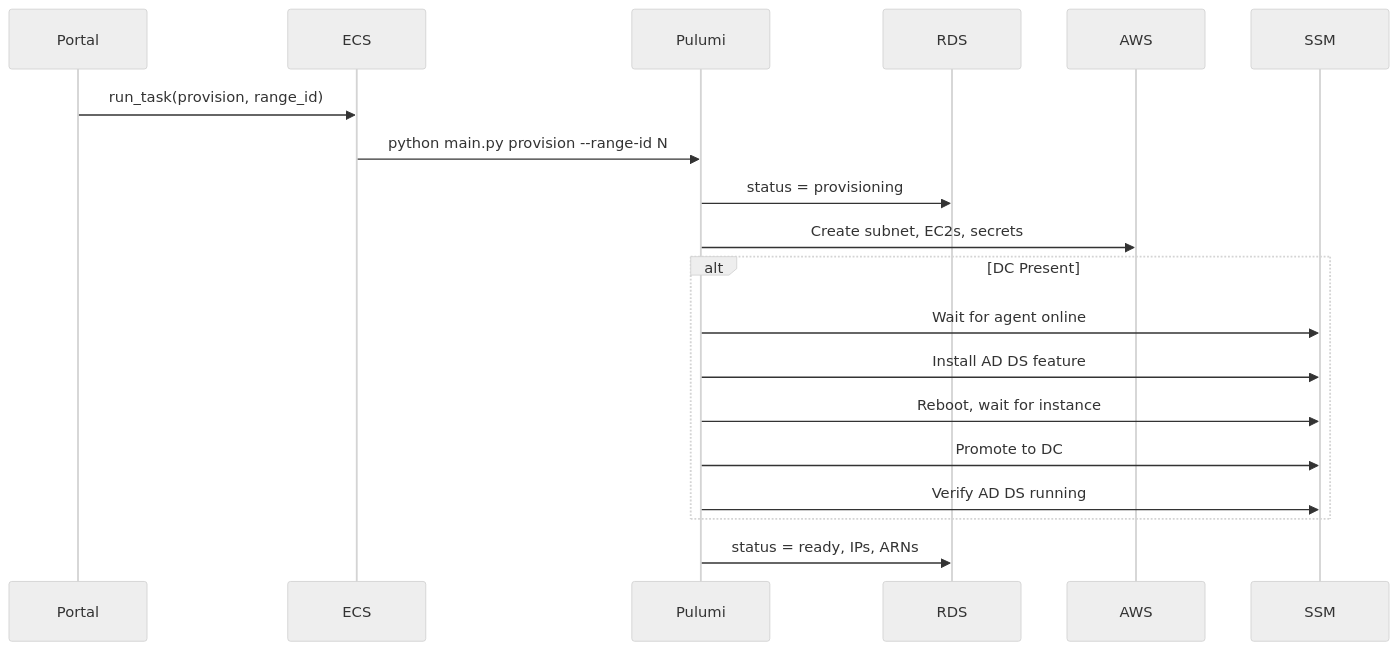
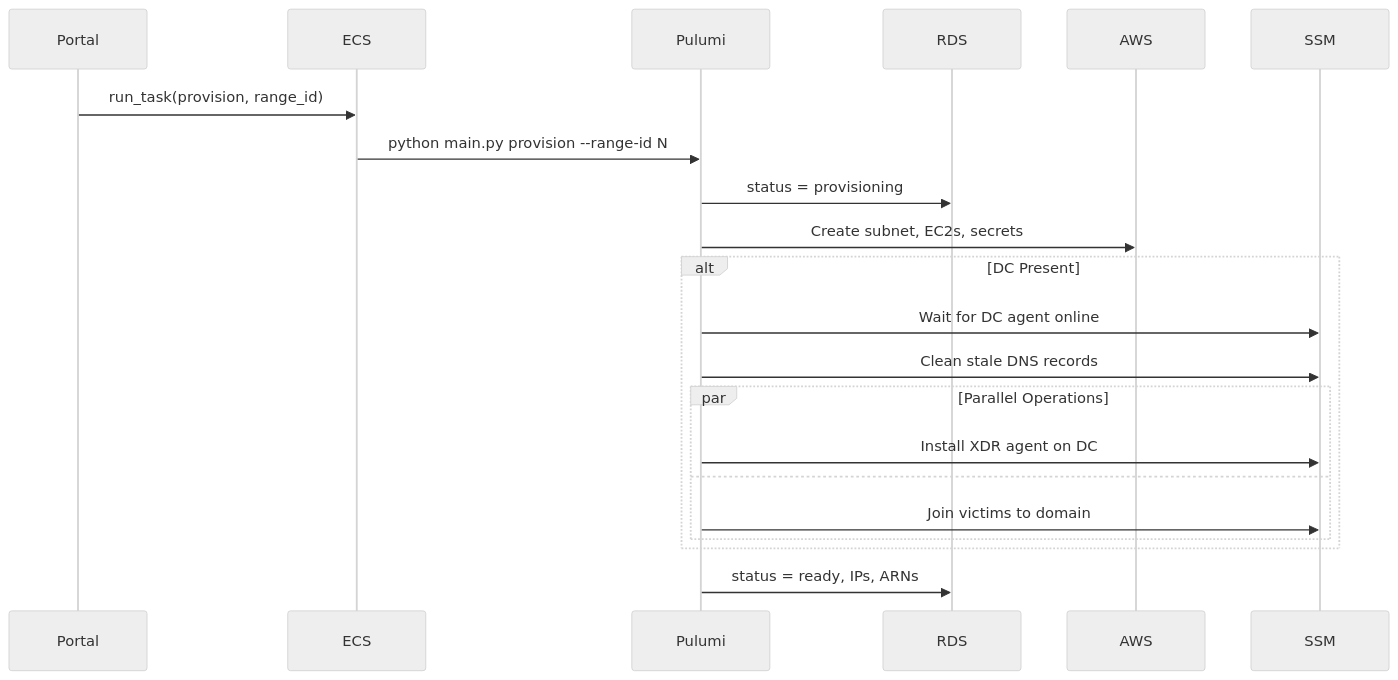
One commit to PaloAltoNetworks/shifter changed the first of 2 diagrams in portal/documentation/docs/execution/provisioner.md. Above: the diagram before and after it, drawn with Mermaid (neutral theme). The commit also changed other lines of this file and 2 other files, not shown here.

````diff
--- a/portal/documentation/docs/execution/provisioner.md
+++ b/portal/documentation/docs/execution/provisioner.md
@@ -7,22 +7,24 @@
 ```mermaid
 sequenceDiagram
     participant Portal
     participant ECS
     participant Pulumi
     participant RDS
     participant AWS
     participant SSM
 
     Portal->>ECS: run_task(provision, range_id)
     ECS->>Pulumi: python main.py provision --range-id N
     Pulumi->>RDS: status = provisioning
     Pulumi->>AWS: Create subnet, EC2s, secrets
     alt DC Present
-        Pulumi->>SSM: Wait for agent online
-        Pulumi->>SSM: Install AD DS feature
-        Pulumi->>SSM: Reboot, wait for instance
-        Pulumi->>SSM: Promote to DC
-        Pulumi->>SSM: Verify AD DS running
+        Pulumi->>SSM: Wait for DC agent online
+        Pulumi->>SSM: Clean stale DNS records
+        par Parallel Operations
+            Pulumi->>SSM: Install XDR agent on DC
+        and
+            Pulumi->>SSM: Join victims to domain
+        end
     end
     Pulumi->>RDS: status = ready, IPs, ARNs
 ```
````
